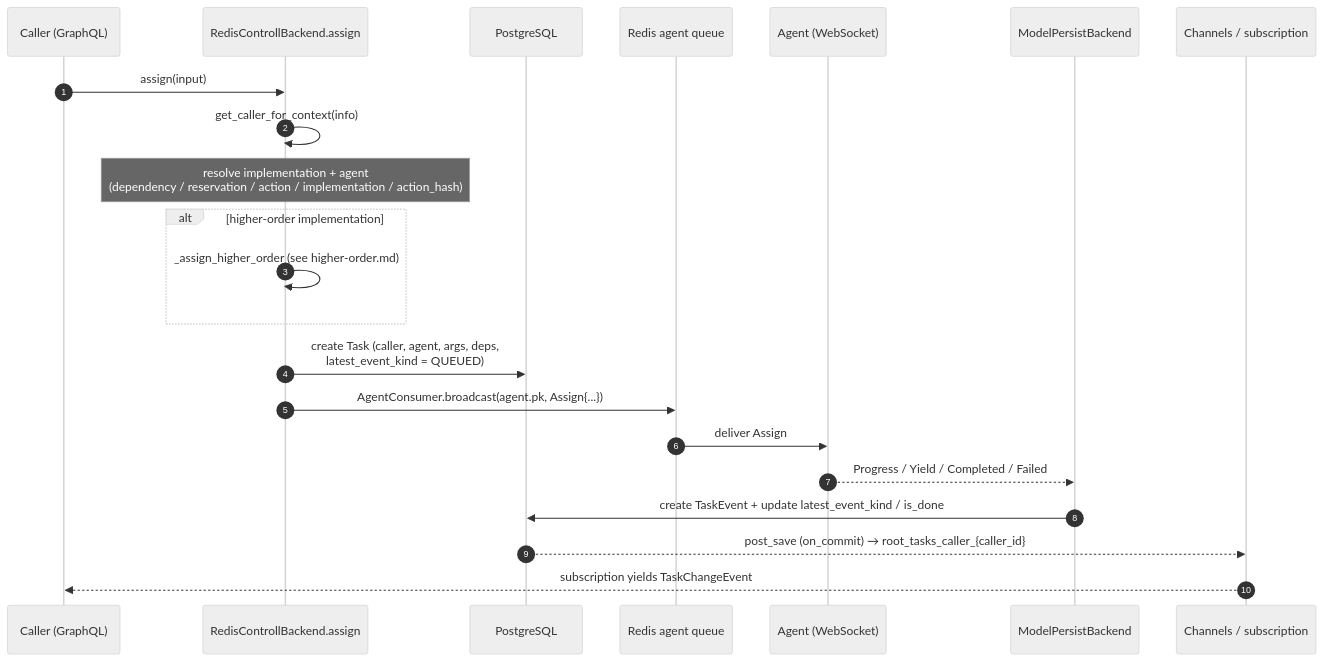
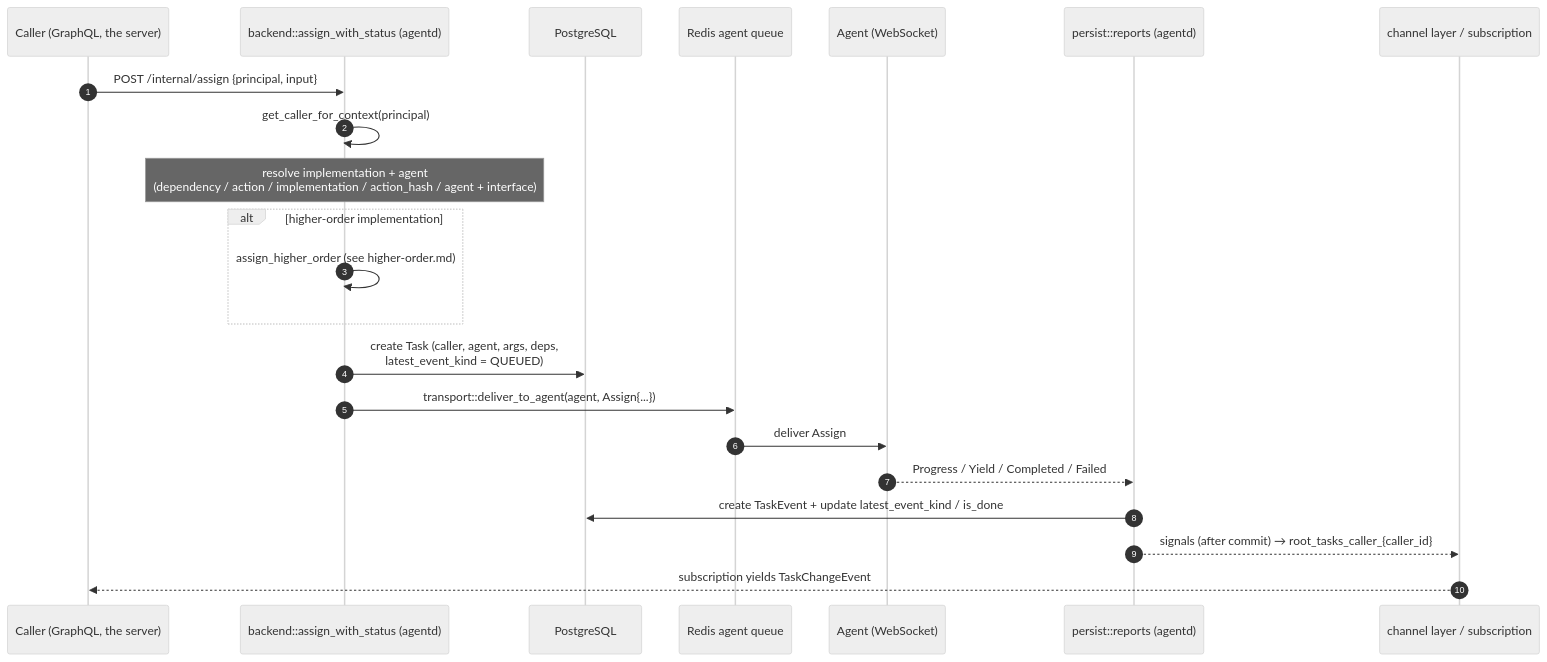
The first of 2 diagrams in agentd/docs/task-lifecycle.md (arkitektio/rekuest-server), drawn with Mermaid (neutral theme) before and after one commit. The commit also changed other lines of this file and 21 other files, not shown here.

First line of the commit message:
docs: the server and agentd as they are

````diff
--- a/agentd/docs/task-lifecycle.md
+++ b/agentd/docs/task-lifecycle.md
@@ -15,25 +18,25 @@
 ```mermaid
 sequenceDiagram
     autonumber
-    participant C as Caller (GraphQL)
-    participant BE as RedisControllBackend.assign
+    participant C as Caller (GraphQL, the server)
+    participant BE as backend::assign_with_status (agentd)
     participant DB as PostgreSQL
     participant Q as Redis agent queue
     participant AG as Agent (WebSocket)
-    participant PB as ModelPersistBackend
-    participant CH as Channels / subscription
+    participant PB as persist::reports (agentd)
+    participant CH as channel layer / subscription
 
-    C->>BE: assign(input)
-    BE->>BE: get_caller_for_context(info)
-    Note over BE: resolve implementation + agent<br/>(dependency / reservation / action / implementation / action_hash)
+    C->>BE: POST /internal/assign {principal, input}
+    BE->>BE: get_caller_for_context(principal)
+    Note over BE: resolve implementation + agent<br/>(dependency / action / implementation / action_hash / agent + interface)
     alt higher-order implementation
-        BE->>BE: _assign_higher_order (see higher-order.md)
+        BE->>BE: assign_higher_order (see higher-order.md)
     end
     BE->>DB: create Task (caller, agent, args, deps,<br/>latest_event_kind = QUEUED)
-    BE->>Q: AgentConsumer.broadcast(agent.pk, Assign{...})
+    BE->>Q: transport::deliver_to_agent(agent, Assign{...})
     Q->>AG: deliver Assign
     AG-->>PB: Progress / Yield / Completed / Failed
     PB->>DB: create TaskEvent + update latest_event_kind / is_done
-    DB-->>CH: post_save (on_commit) → root_tasks_caller_{caller_id}
+    PB-->>CH: signals (after commit) → root_tasks_caller_{caller_id}
     CH-->>C: subscription yields TaskChangeEvent
 ```
````
